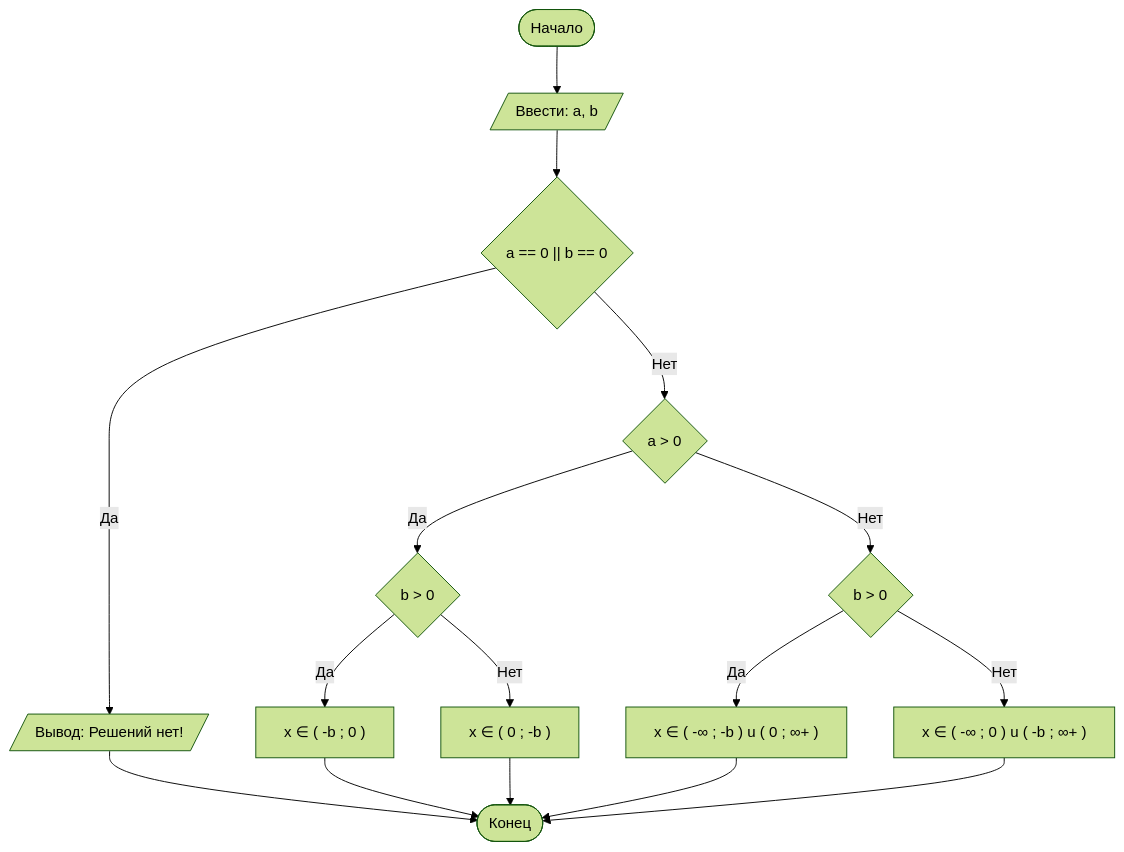
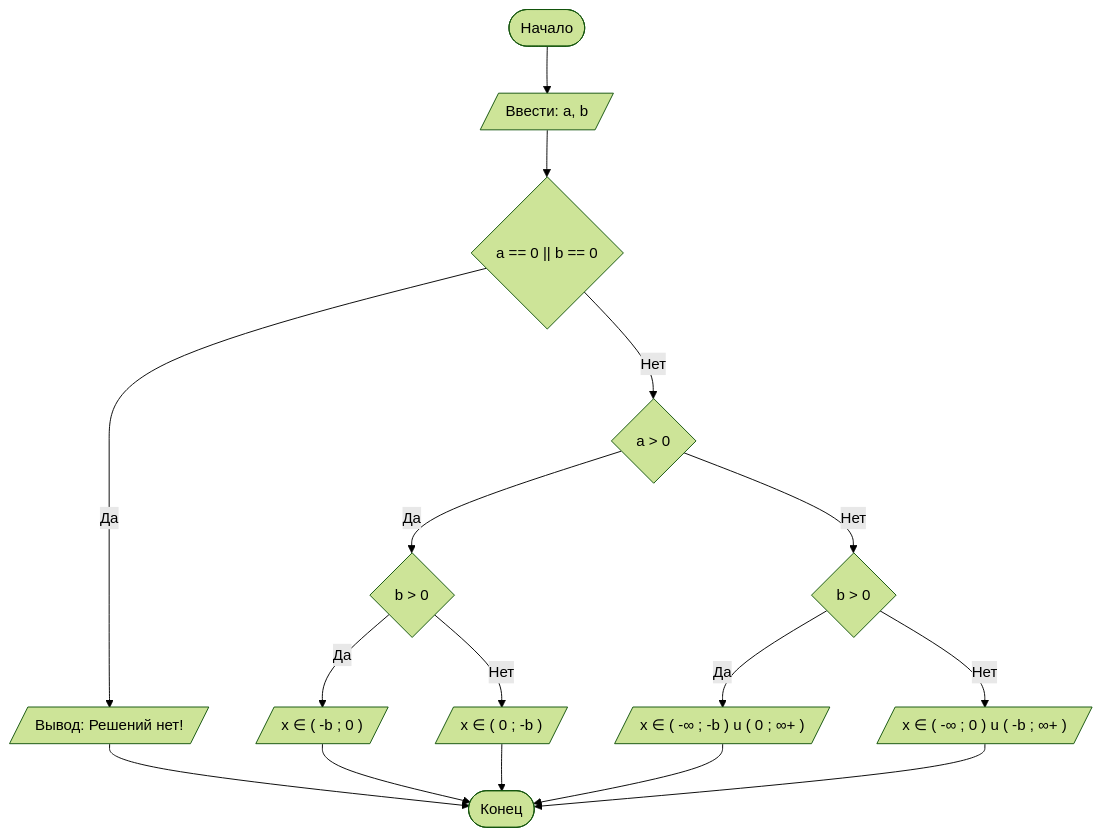
Before and after one commit to sqvips/LabN1: the diagram in README.md, drawn with Mermaid (forest theme).

````diff
--- a/README.md
+++ b/README.md
@@ -88,18 +88,18 @@
 ```mermaid
 graph TD
     A([Начало]) --> B[/Ввести: a, b/]
     B --> C{"a == 0 || b == 0"}
     C -- Да --> D[/Вывод: Решений нет!/]
     D --> Z([Конец])
     C -- Нет --> E{a > 0}
     E -- Да --> F{b > 0}
-    F -- Да --> G["x ∈ ( -b ; 0 )"]
-    F -- Нет --> H["x ∈ ( 0 ; -b )"]
+    F -- Да --> G[/"x ∈ ( -b ; 0 )"/]
+    F -- Нет --> H[/"x ∈ ( 0 ; -b )"/]
     E -- Нет --> I{b > 0}
-    I -- Да --> J["x ∈ ( -∞ ; -b ) u ( 0 ; ∞+ )"]
-    I -- Нет --> K["x ∈ ( -∞ ; 0 ) u ( -b ; ∞+ )"]
+    I -- Да --> J[/"x ∈ ( -∞ ; -b ) u ( 0 ; ∞+ )"/]
+    I -- Нет --> K[/"x ∈ ( -∞ ; 0 ) u ( -b ; ∞+ )"/]
     G --> Z
     H --> Z
     J --> Z
     K --> Z
 ```
````
